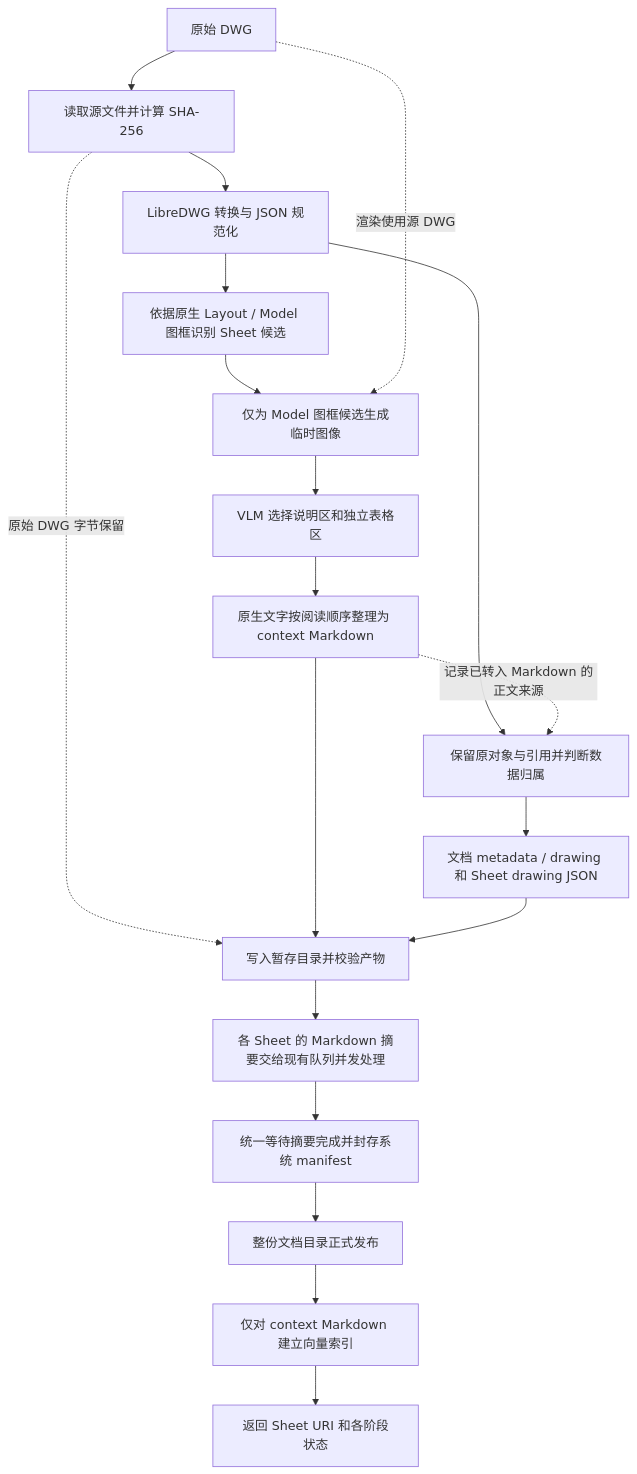
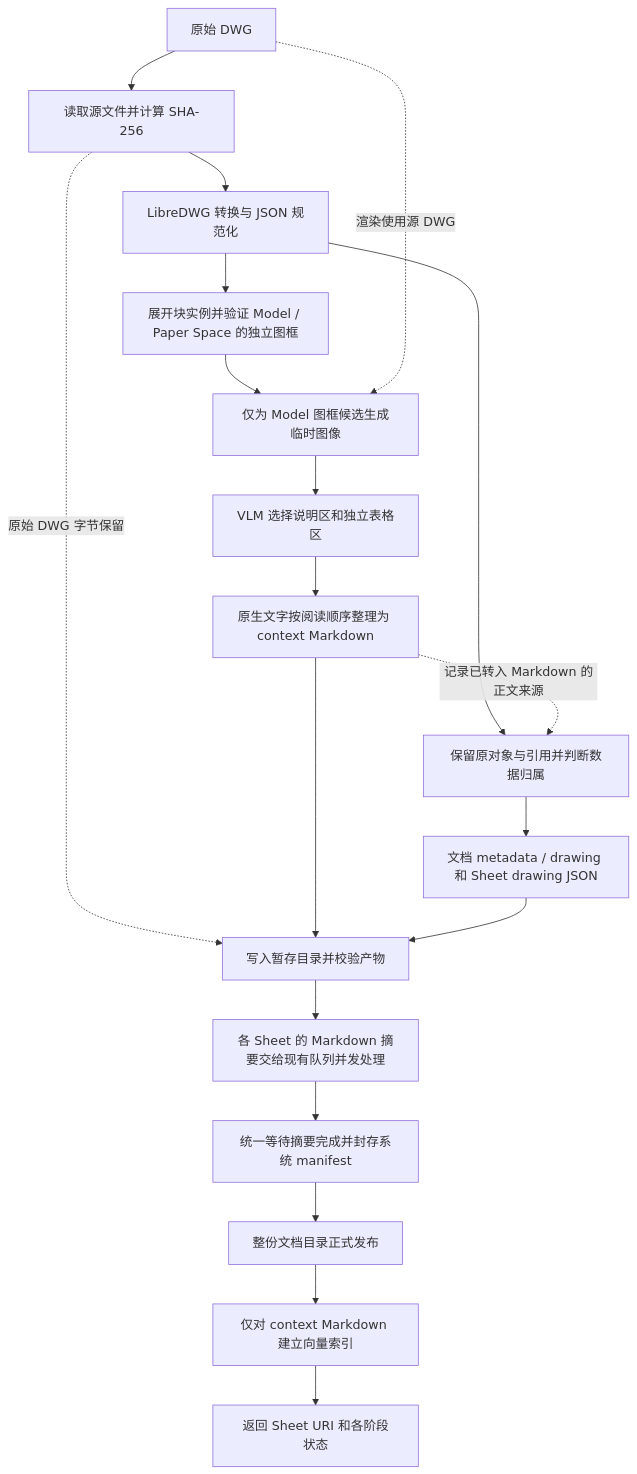
The first of 2 diagrams in docs/design/dwg-parser-flow.md (MaouSanta/OpenViking), drawn with Mermaid before and after one commit. The commit also changed other lines of this file and 17 other files, not shown here.

````diff
--- a/docs/design/dwg-parser-flow.md
+++ b/docs/design/dwg-parser-flow.md
@@ -12,21 +12,21 @@
 ```mermaid
 flowchart TD
     A[原始 DWG] --> B[读取源文件并计算 SHA-256]
     B --> C[LibreDWG 转换与 JSON 规范化]
-    C --> D[依据原生 Layout / Model 图框识别 Sheet 候选]
+    C --> D[展开块实例并验证 Model / Paper Space 的独立图框]
     D --> E[仅为 Model 图框候选生成临时图像]
     A -. 渲染使用源 DWG .-> E
     E --> F[VLM 选择说明区和独立表格区]
     F --> G[原生文字按阅读顺序整理为 context Markdown]
     C --> H[保留原对象与引用并判断数据归属]
     G -. 记录已转入 Markdown 的正文来源 .-> H
     H --> I[文档 metadata / drawing 和 Sheet drawing JSON]
     B -. 原始 DWG 字节保留 .-> J
     G --> J[写入暂存目录并校验产物]
     I --> J
     J --> K[各 Sheet 的 Markdown 摘要交给现有队列并发处理]
     K --> L[统一等待摘要完成并封存系统 manifest]
     L --> M[整份文档目录正式发布]
     M --> N[仅对 context Markdown 建立向量索引]
     N --> O[返回 Sheet URI 和各阶段状态]
 ```
````
